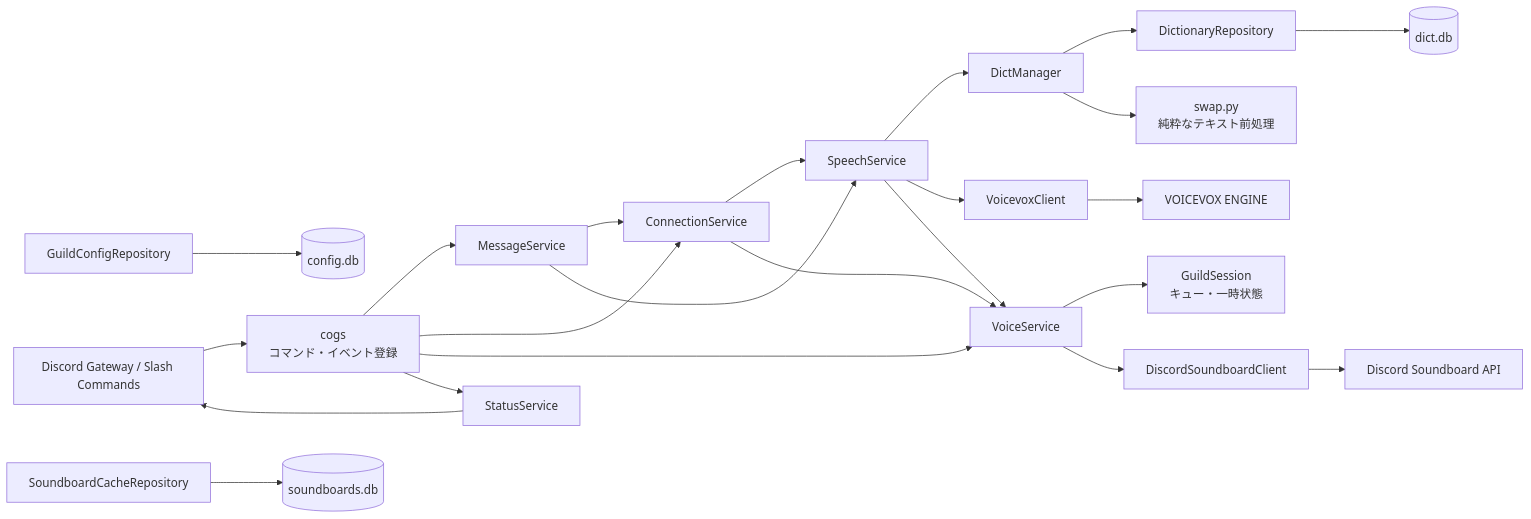
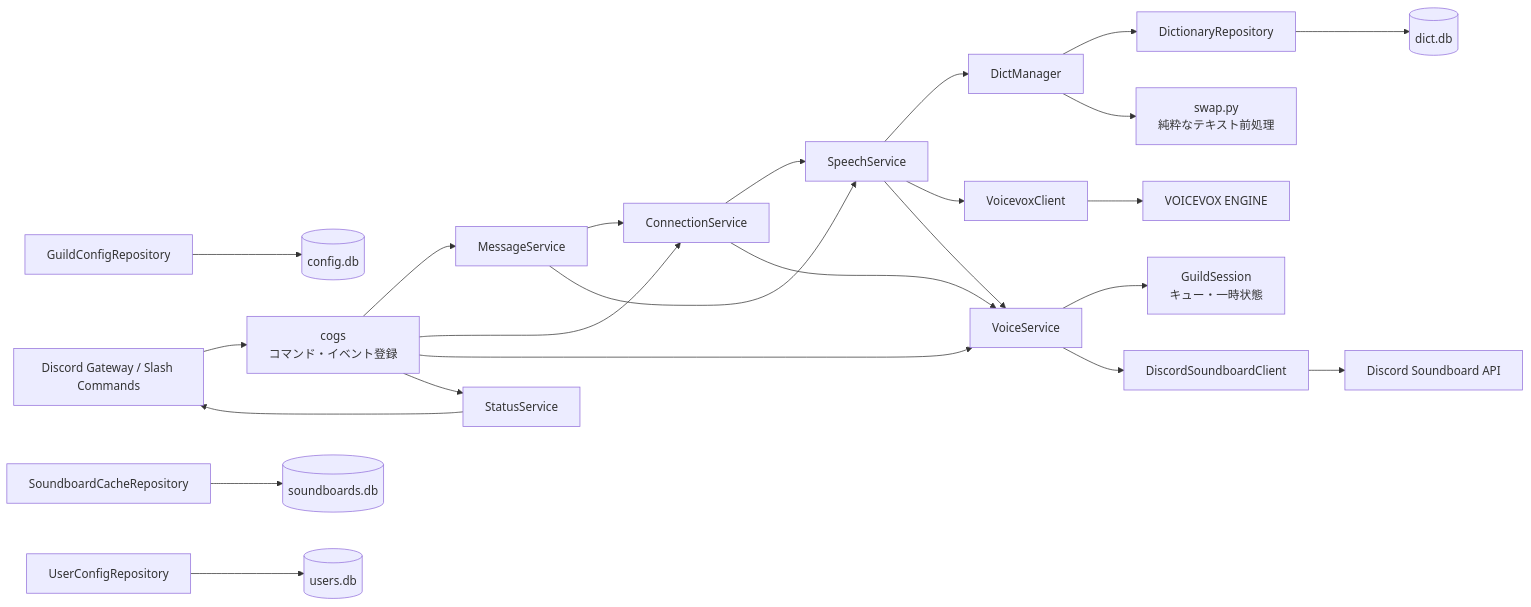
One commit to dora-ntmk/Tsumugium changed the first of 3 diagrams in docs/ARCHITECTURE.md. Above: the diagram before and after it, drawn with Mermaid. The commit also changed other lines of this file and 8 other files, not shown here.

````diff
--- a/docs/ARCHITECTURE.md
+++ b/docs/ARCHITECTURE.md
@@ -7,46 +7,49 @@
 ```mermaid
 flowchart LR
     Discord["Discord Gateway / Slash Commands"]
     Cogs["cogs<br/>コマンド・イベント登録"]
     Message["MessageService"]
     Connection["ConnectionService"]
     Speech["SpeechService"]
     Voice["VoiceService"]
     Status["StatusService"]
     Session["GuildSession<br/>キュー・一時状態"]
     Swap["swap.py<br/>純粋なテキスト前処理"]
     Dictionary["DictManager"]
     ConfigRepo["GuildConfigRepository"]
     DictRepo["DictionaryRepository"]
     SoundRepo["SoundboardCacheRepository"]
+    UserRepo["UserConfigRepository"]
     Voicevox["VoicevoxClient"]
     SoundClient["DiscordSoundboardClient"]
     ConfigDB[("config.db")]
     DictDB[("dict.db")]
     SoundDB[("soundboards.db")]
+    UserDB[("users.db")]
     Engine["VOICEVOX ENGINE"]
     SoundAPI["Discord Soundboard API"]
 
     Discord --> Cogs
     Cogs --> Message
     Cogs --> Connection
     Cogs --> Voice
     Cogs --> Status
     Status --> Discord
     Message --> Connection
     Message --> Speech
     Connection --> Speech
     Connection --> Voice
     Speech --> Dictionary
     Dictionary --> DictRepo
     Dictionary --> Swap
     Speech --> Voicevox
     Speech --> Voice
     Voice --> Session
     Voice --> SoundClient
     ConfigRepo --> ConfigDB
     DictRepo --> DictDB
     SoundRepo --> SoundDB
+    UserRepo --> UserDB
     Voicevox --> Engine
     SoundClient --> SoundAPI
 ```
````
